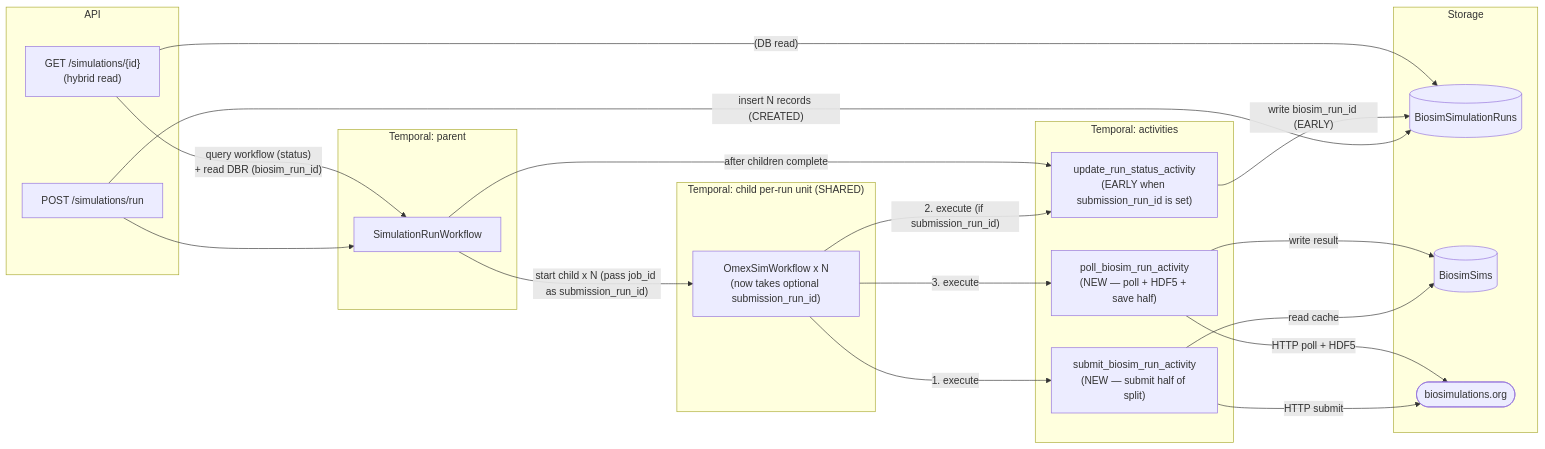
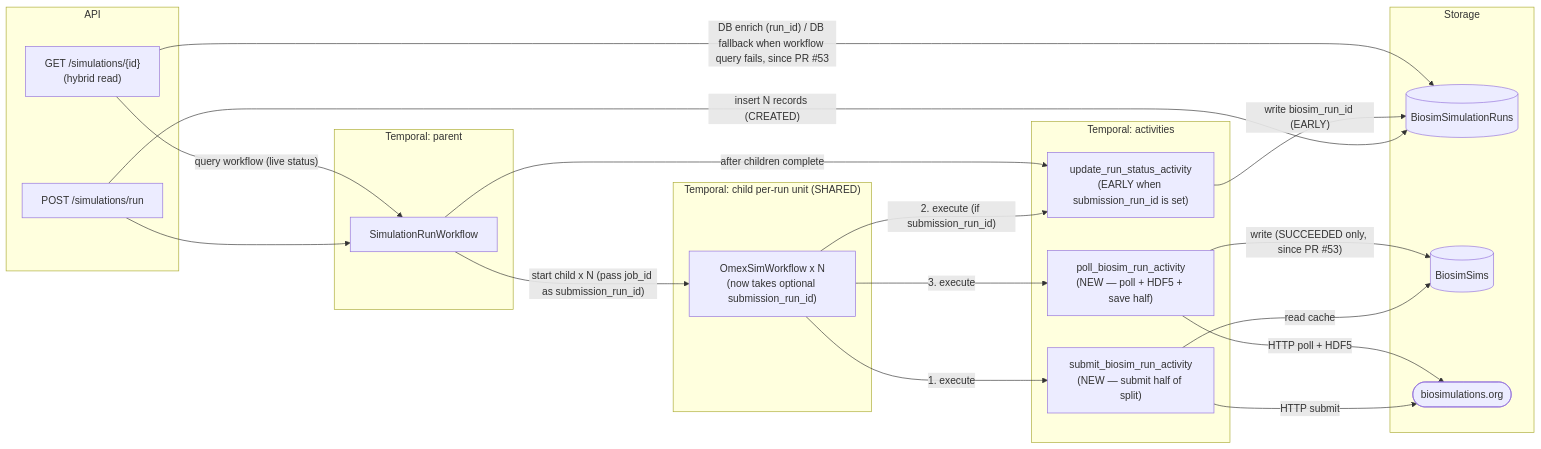
The fourth of 7 diagrams in docs/workflows-architecture.md (biosimulations/platform), drawn with Mermaid before and after one commit. The commit also changed other lines of this file, not shown here.

First line of the commit message:
Refresh architecture diagrams for post-PR #53 state

````diff
--- a/docs/workflows-architecture.md
+++ b/docs/workflows-architecture.md
@@ -207,37 +207,37 @@
 ```mermaid
 flowchart LR
     subgraph "API"
         EP["POST /simulations/run"]
         EPS["GET /simulations/{id}<br/>(hybrid read)"]
     end
     subgraph "Temporal: parent"
         SRW["SimulationRunWorkflow"]
     end
     subgraph "Temporal: child per-run unit (SHARED)"
         OSW["OmexSimWorkflow x N<br/>(now takes optional submission_run_id)"]
     end
     subgraph "Temporal: activities"
         SUB["submit_biosim_run_activity<br/>(NEW — submit half of split)"]
         URS["update_run_status_activity<br/>(EARLY when submission_run_id is set)"]
         POLL["poll_biosim_run_activity<br/>(NEW — poll + HDF5 + save half)"]
     end
     subgraph "Storage"
         DBR[("BiosimSimulationRuns")]
         DB_SIMS[("BiosimSims")]
         EXT(["biosimulations.org"])
     end
     EP --> SRW
     EP -- "insert N records (CREATED)" --> DBR
     SRW -- "start child x N (pass job_id as submission_run_id)" --> OSW
     OSW -- "1. execute" --> SUB
     SUB -- "HTTP submit" --> EXT
     SUB -- "read cache" --> DB_SIMS
     OSW -- "2. execute (if submission_run_id)" --> URS
     URS -- "write biosim_run_id (EARLY)" --> DBR
     OSW -- "3. execute" --> POLL
     POLL -- "HTTP poll + HDF5" --> EXT
-    POLL -- "write result" --> DB_SIMS
+    POLL -- "write (SUCCEEDED only, since PR #53)" --> DB_SIMS
     SRW -- "after children complete" --> URS
-    EPS -- "query workflow (status)<br/>+ read DBR (biosim_run_id)" --> SRW
-    EPS -- "(DB read)" --> DBR
+    EPS -- "query workflow (live status)" --> SRW
+    EPS -- "DB enrich (run_id) / DB fallback when workflow query fails, since PR #53" --> DBR
 ```
````
